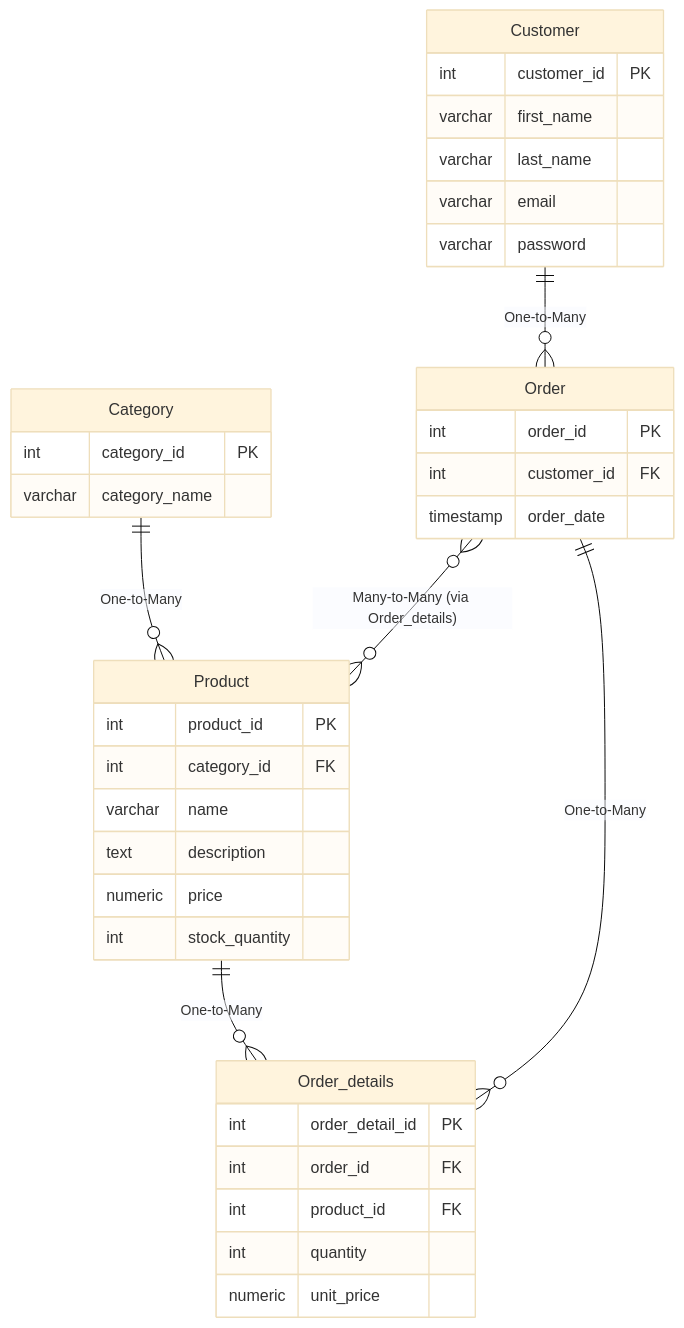
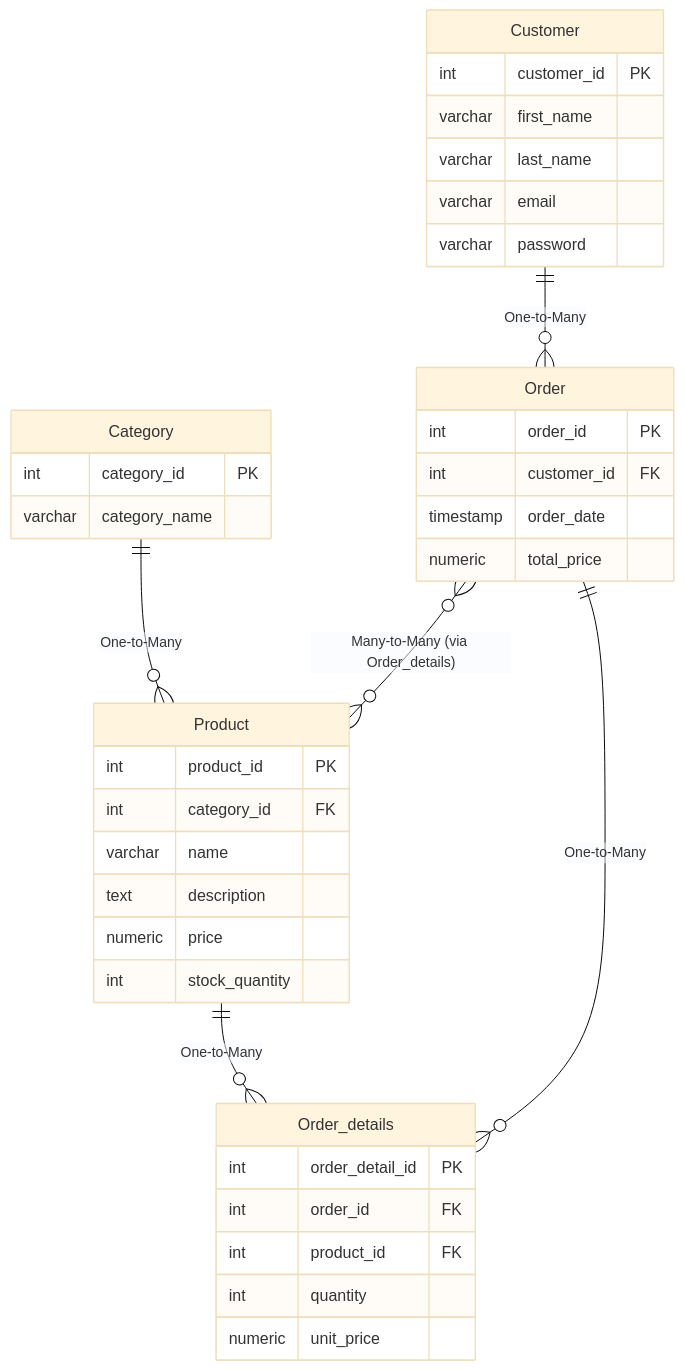
One commit to yosefmekkawy/ecommerce-database-design changed the diagram in README.md. Above: the diagram before and after it, drawn with Mermaid (base theme). The commit also changed other lines of this file, not shown here.

Commit message:
Add missing total_price to Order table

````diff
--- a/README.md
+++ b/README.md
@@ -89,46 +90,47 @@
 ```mermaid
 erDiagram
     Category {
         int category_id PK
         varchar category_name
     }
 
     Product {
         int product_id PK
         int category_id FK
         varchar name
         text description
         numeric price
         int stock_quantity
     }
 
     Customer {
         int customer_id PK
         varchar first_name
         varchar last_name
         varchar email
         varchar password
     }
 
     Order {
         int order_id PK
         int customer_id FK
         timestamp order_date
+        numeric total_price
     }
 
     Order_details {
         int order_detail_id PK
         int order_id FK
         int product_id FK
         int quantity
         numeric unit_price
     }
 
     Category ||--o{ Product : "One-to-Many"
     Customer ||--o{ Order : "One-to-Many"
     Order ||--o{ Order_details : "One-to-Many"
     Product ||--o{ Order_details : "One-to-Many"
 
     Order }o--o{ Product : "Many-to-Many (via Order_details)"
 
 ```
````
